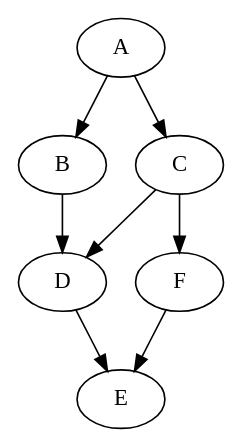
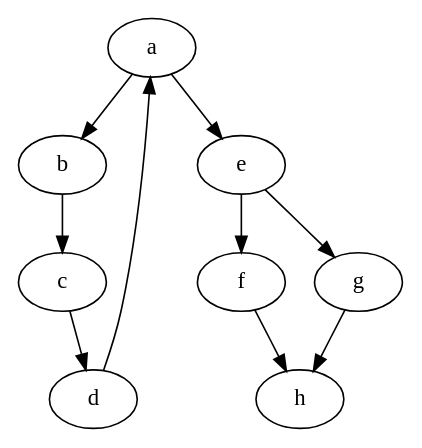
Before and after one commit to BrazilDre/Graph-Search-Algorithm-Suite-: the diagram in src/main/resources/input.dot, drawn with Graphviz. The commit also changed 6 other files, not shown here.

```diff
--- a/src/main/resources/input.dot
+++ b/src/main/resources/input.dot
@@ -1,9 +1,11 @@
-digraph G {
-    A -> B;
-    A -> C;
-    B -> D;
-    C -> D;
-    D -> E;
-    C -> F;
-    F -> E;
+digraph {
+    a -> b;
+    b -> c;
+    c -> d;
+    d -> a;
+    a -> e;
+    e -> f;
+    e -> g;
+    f -> h;
+    g -> h;
 }
```
